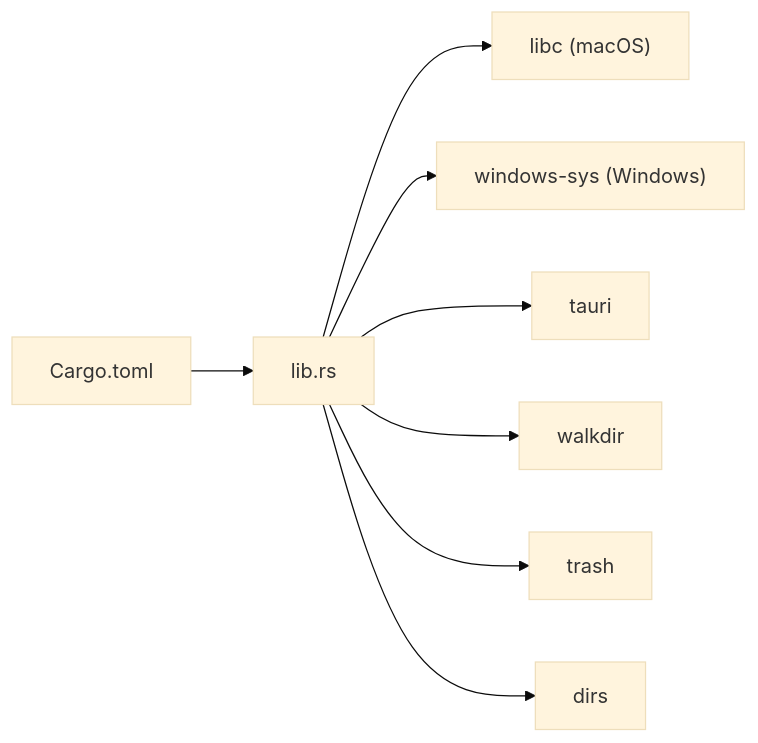
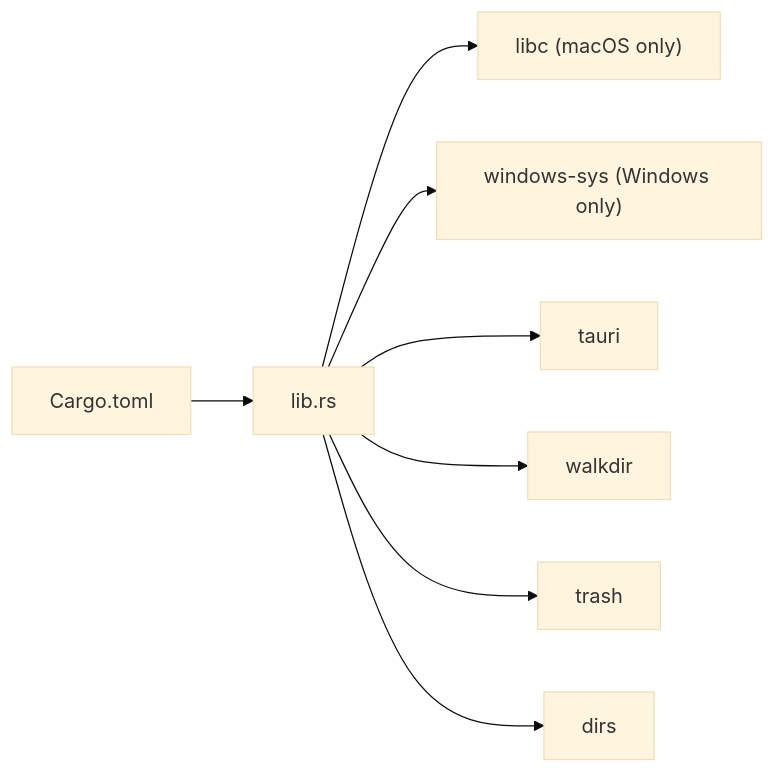
Before and after one commit to mrtruongleo/FreeSpaceMacos: the seventh of 7 diagrams in .qoder/repowiki/en/content/Platform-Specific Features/Platform-Specific Features.md, drawn with Mermaid (base theme). The commit also changed other lines of this file and 31 other files, not shown here.

````diff
--- a/.qoder/repowiki/en/content/Platform-Specific Features/Platform-Specific Features.md
+++ b/.qoder/repowiki/en/content/Platform-Specific Features/Platform-Specific Features.md
@@ -275,10 +313,10 @@
 ```mermaid
 graph LR
 Cargo["Cargo.toml"] --> Lib["lib.rs"]
-Lib --> Lc["libc (macOS)"]
-Lib --> Ws["windows-sys (Windows)"]
+Lib --> Lc["libc (macOS only)"]
+Lib --> Ws["windows-sys (Windows only)"]
 Lib --> Tauri["tauri"]
 Lib --> Walk["walkdir"]
 Lib --> Trash["trash"]
 Lib --> Dirs["dirs"]
 ```
````
